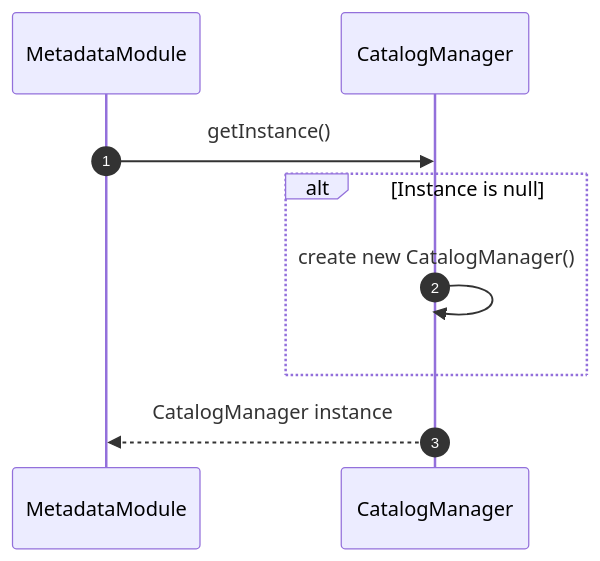
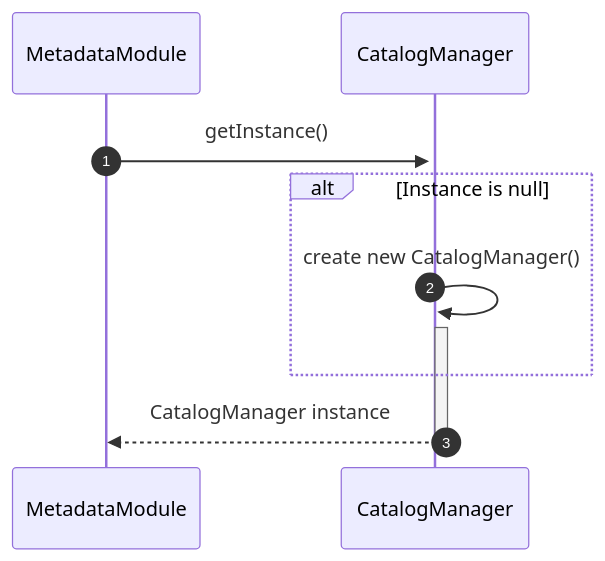
One commit to Dikhang1112/Database_Management_BBV changed the first of 14 diagrams in docs/design_patterns/README.md. Above: the diagram before and after it, drawn with Mermaid. The commit also changed other lines of this file and 12 other files, not shown here.

Commit message:
Refactor sequece diagram

````diff
--- a/docs/design_patterns/README.md
+++ b/docs/design_patterns/README.md
@@ -528,12 +528,12 @@
 ```mermaid
 sequenceDiagram
     autonumber
     participant Module as MetadataModule
     participant CM as CatalogManager
     
-    Module->>CM: getInstance()
+    Module->>+CM: getInstance()
     alt Instance is null
-        CM->>CM: create new CatalogManager()
+        CM->>+CM: create new CatalogManager()
     end
-    CM-->>Module: CatalogManager instance
+    CM-->>-Module: CatalogManager instance
 ```
````
